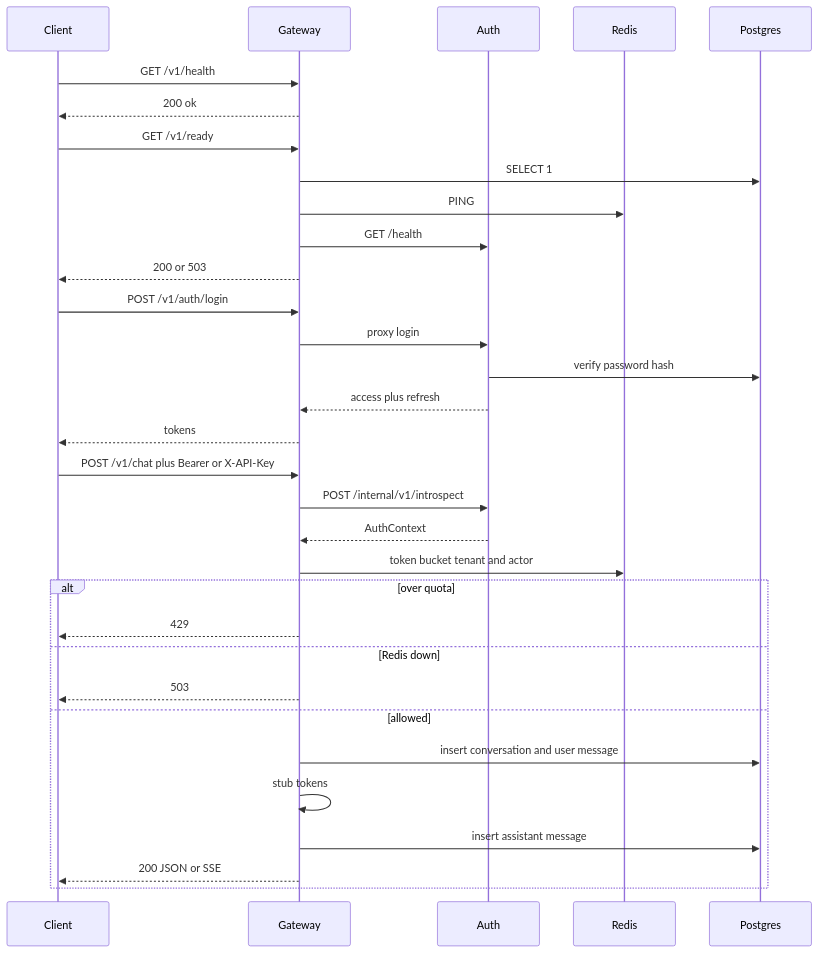
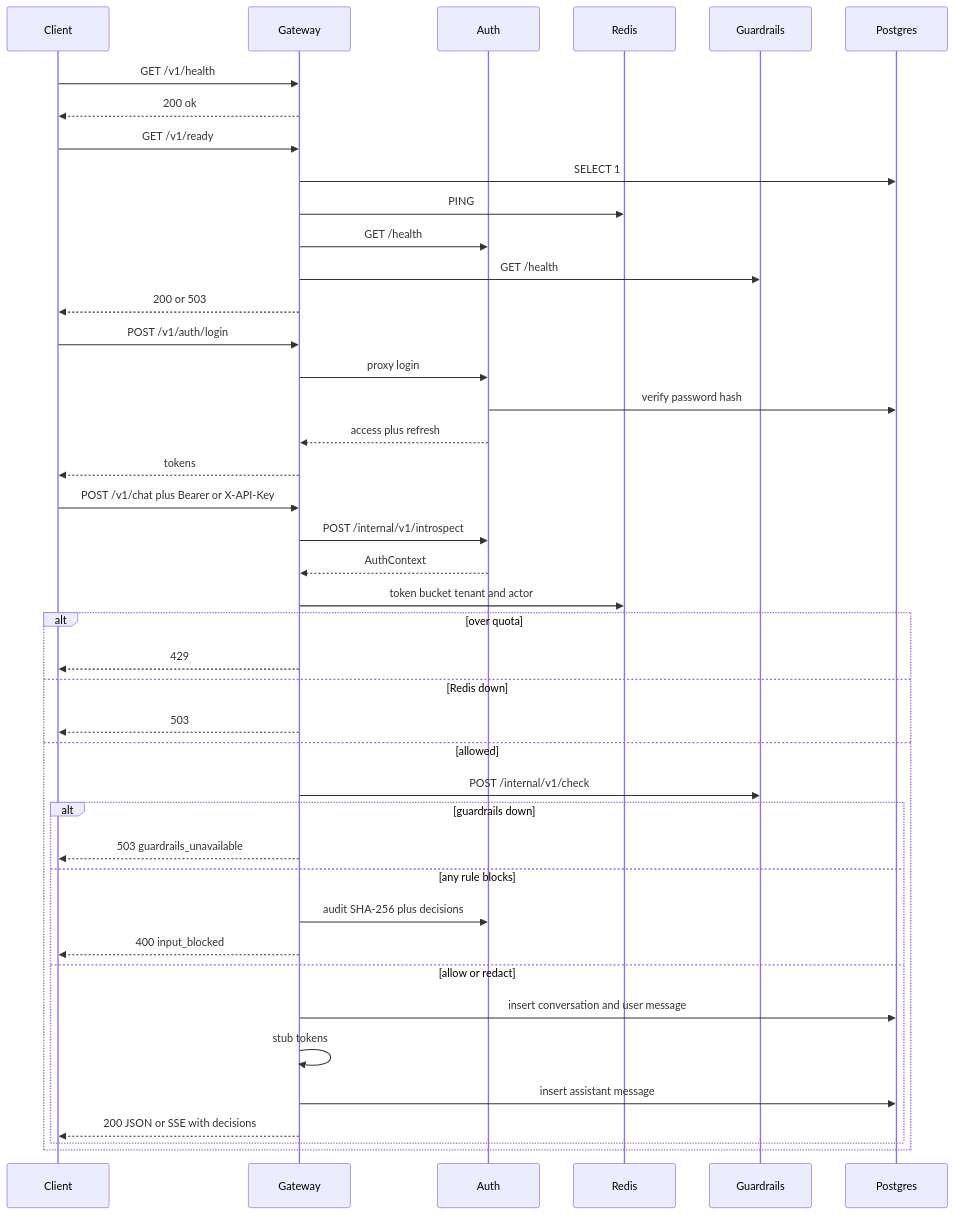
The first of 2 diagrams in docs/diagrams/request-path.md (Maruthi-srinivas/AIGATEWAY), drawn with Mermaid before and after one commit. The commit also changed other lines of this file and 47 other files, not shown here.

First line of the commit message:
Implement input guardrails and update architecture for Version 4

````diff
--- a/docs/diagrams/request-path.md
+++ b/docs/diagrams/request-path.md
@@ -7,34 +7,44 @@
 ```mermaid
 sequenceDiagram
     participant Client
     participant Gateway
     participant Auth
     participant Redis
+    participant Guardrails
     participant Postgres
     Client->>Gateway: GET /v1/health
     Gateway-->>Client: 200 ok
     Client->>Gateway: GET /v1/ready
     Gateway->>Postgres: SELECT 1
     Gateway->>Redis: PING
     Gateway->>Auth: GET /health
+    Gateway->>Guardrails: GET /health
     Gateway-->>Client: 200 or 503
     Client->>Gateway: POST /v1/auth/login
     Gateway->>Auth: proxy login
     Auth->>Postgres: verify password hash
     Auth-->>Gateway: access plus refresh
     Gateway-->>Client: tokens
     Client->>Gateway: POST /v1/chat plus Bearer or X-API-Key
     Gateway->>Auth: POST /internal/v1/introspect
     Auth-->>Gateway: AuthContext
     Gateway->>Redis: token bucket tenant and actor
     alt over quota
         Gateway-->>Client: 429
     else Redis down
         Gateway-->>Client: 503
     else allowed
-        Gateway->>Postgres: insert conversation and user message
-        Gateway->>Gateway: stub tokens
-        Gateway->>Postgres: insert assistant message
-        Gateway-->>Client: 200 JSON or SSE
+        Gateway->>Guardrails: POST /internal/v1/check
+        alt guardrails down
+            Gateway-->>Client: 503 guardrails_unavailable
+        else any rule blocks
+            Gateway->>Auth: audit SHA-256 plus decisions
+            Gateway-->>Client: 400 input_blocked
+        else allow or redact
+            Gateway->>Postgres: insert conversation and user message
+            Gateway->>Gateway: stub tokens
+            Gateway->>Postgres: insert assistant message
+            Gateway-->>Client: 200 JSON or SSE with decisions
+        end
     end
 ```
````
